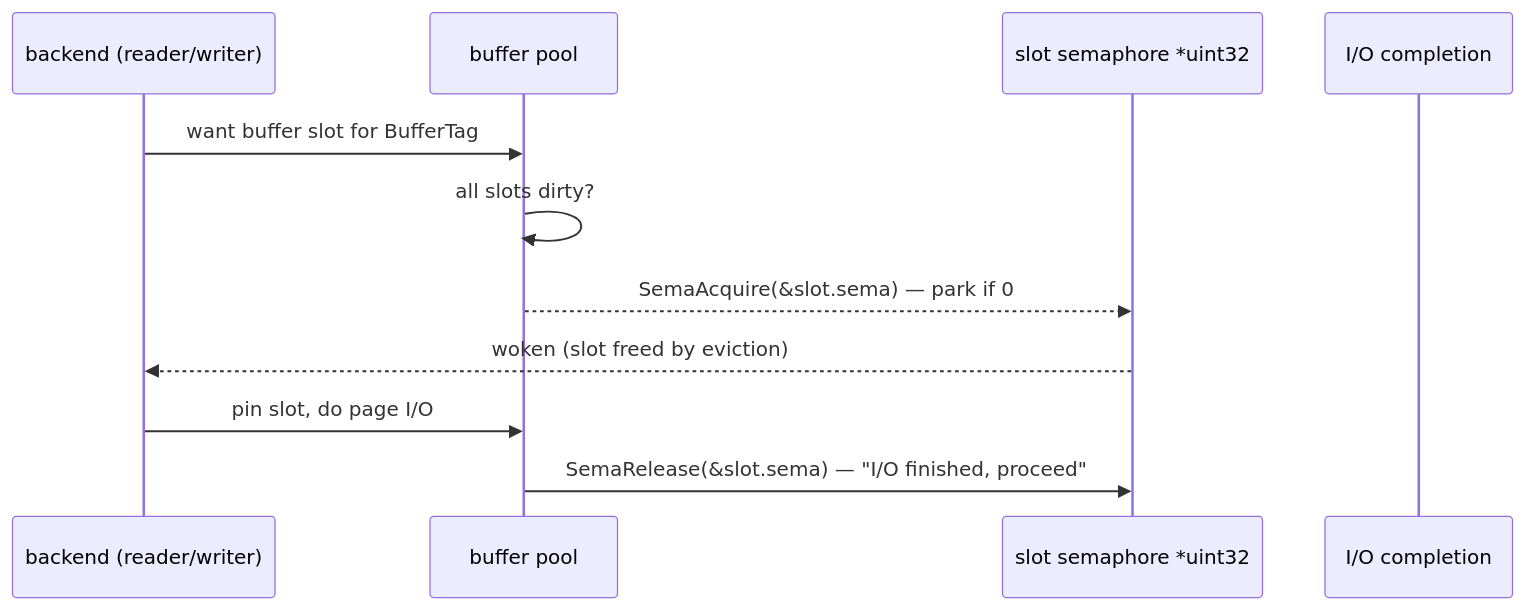
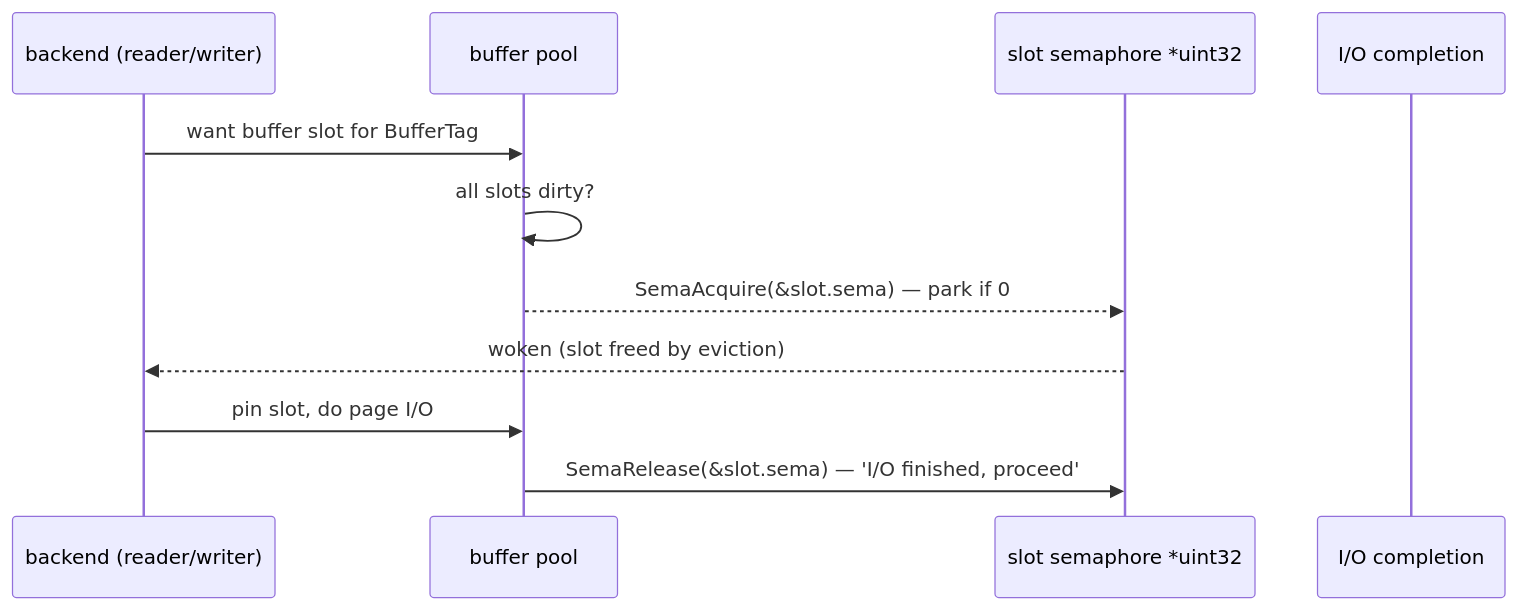
Before and after one commit to ryogrid/goopg: the fifth of 6 diagrams in docs/wiki/modules/port.md, drawn with Mermaid. The commit also changed other lines of this file and 24 other files, not shown here.

Commit message:
docs(wiki): fix mermaid syntax errors — reserve keyword LINK, flow chart parens, seq msg quotes/semicolons — M-NIGHTLY

````diff
--- a/docs/wiki/modules/port.md
+++ b/docs/wiki/modules/port.md
@@ -258,14 +258,14 @@
 ```mermaid
 sequenceDiagram
     participant B as backend (reader/writer)
     participant POOL as buffer pool
     participant SEM as slot semaphore *uint32
     participant IO as I/O completion
 
     B->>POOL: want buffer slot for BufferTag
     POOL->>POOL: all slots dirty?
     POOL-->>SEM: SemaAcquire(&slot.sema) — park if 0
     SEM-->>B: woken (slot freed by eviction)
     B->>POOL: pin slot, do page I/O
-    POOL->>SEM: SemaRelease(&slot.sema) — "I/O finished, proceed"
+POOL->>SEM: SemaRelease(&slot.sema) — 'I/O finished, proceed'
 ```
````
